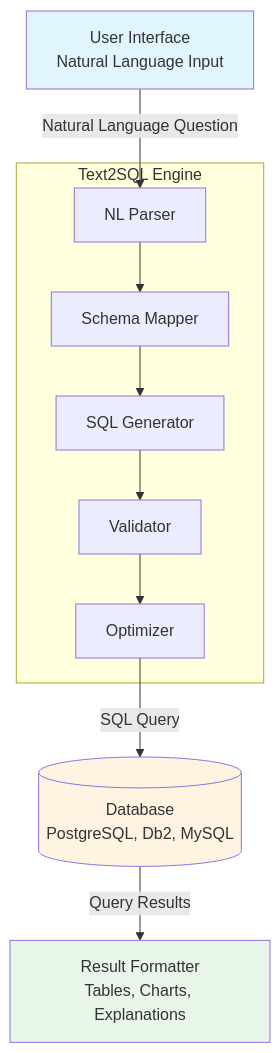
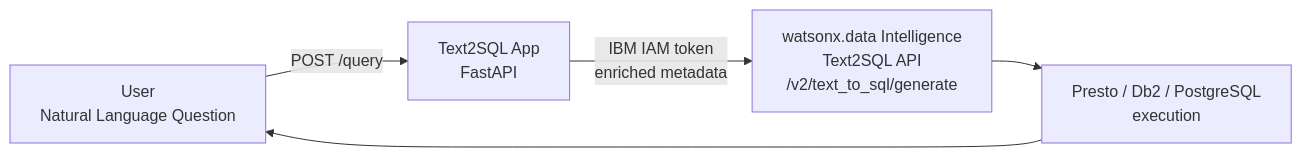
Before and after one commit to ibm-self-serve-assets/building-blocks-docs: the diagram in docs-src/data-core/intelligence/text2sql/index.md, drawn with Mermaid. The commit also changed other lines of this file and 12 other files, not shown here.

````diff
--- a/docs-src/data-core/intelligence/text2sql/index.md
+++ b/docs-src/data-core/intelligence/text2sql/index.md
@@ -123,27 +141,12 @@
 ```mermaid
-graph TB
-    UI[User Interface<br/>Natural Language Input]
-    
-    subgraph Text2SQL Engine
-        NLP[NL Parser]
-        Schema[Schema Mapper]
-        SQLGen[SQL Generator]
-        Validator[Validator]
-        Optimizer[Optimizer]
-    end
-    
-    DB[(Database<br/>PostgreSQL, Db2, MySQL)]
-    Formatter[Result Formatter<br/>Tables, Charts, Explanations]
-    
-    UI -->|Natural Language Question| NLP
-    NLP --> Schema
-    Schema --> SQLGen
-    SQLGen --> Validator
-    Validator --> Optimizer
-    Optimizer -->|SQL Query| DB
-    DB -->|Query Results| Formatter
-    
-    style UI fill:#e1f5ff
-    style DB fill:#fff4e1
-    style Formatter fill:#e8f5e9
+graph LR
+    UI["User<br/>Natural Language Question"]
+    App["Text2SQL App<br/>FastAPI"]
+    WDI["watsonx.data Intelligence<br/>Text2SQL API<br/>/v2/text_to_sql/generate"]
+    DB["Presto / Db2 / PostgreSQL<br/>execution"]
+
+    UI -->|POST /query| App
+    App -->|IBM IAM token<br/>enriched metadata| WDI
+    WDI --> DB
+    DB --> UI
 ```
````
